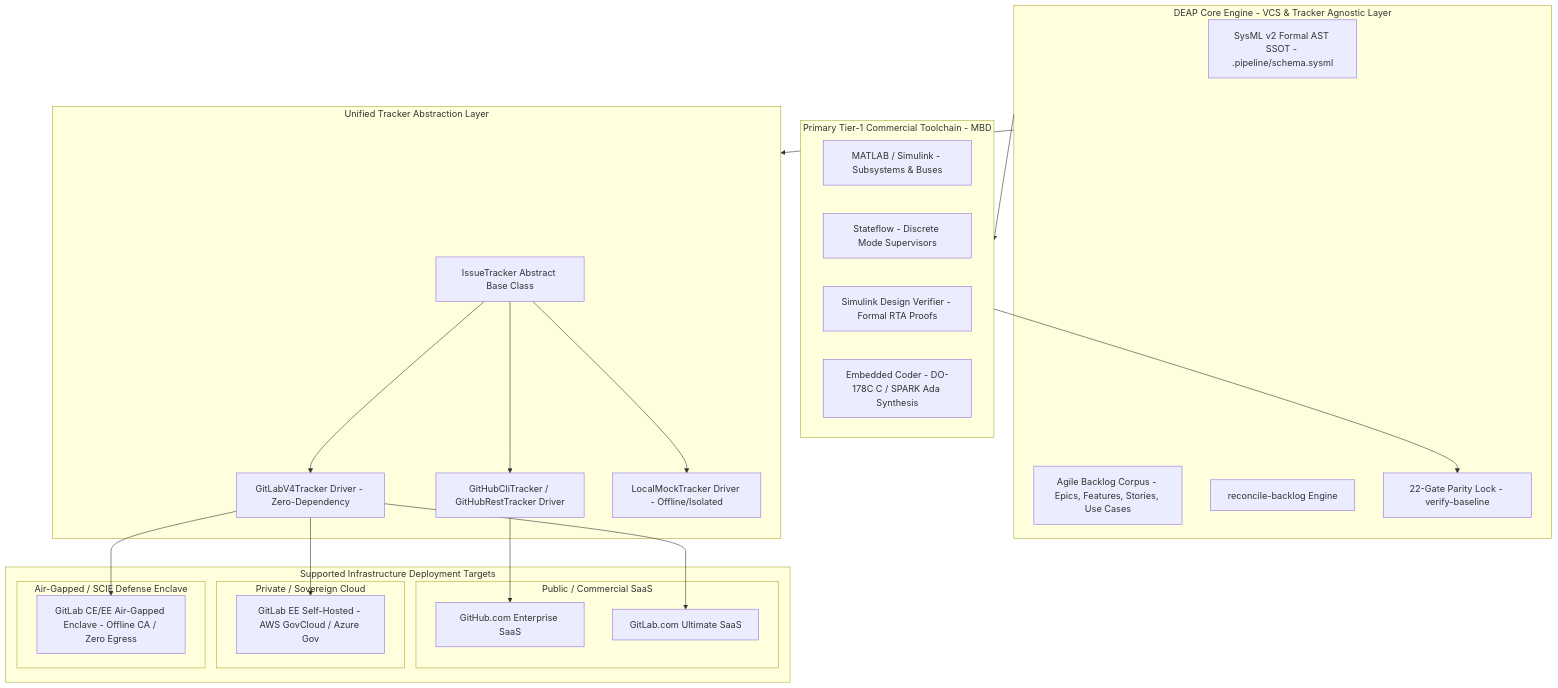
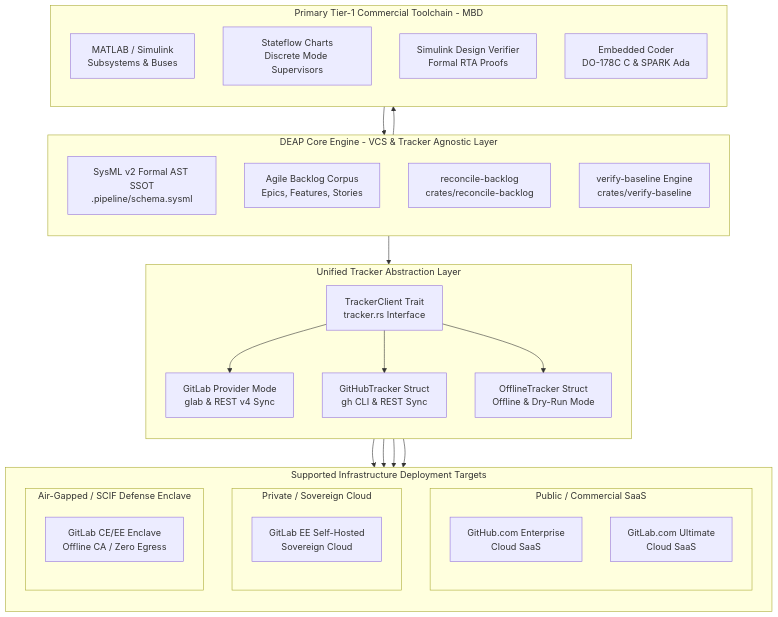
Before and after one commit to gintatkinson/DEAP01-spec-core: the first of 19 diagrams in docs/architecture/blueprints/MULTI_PROVIDER_GITLAB_INFRASTRUCTURE_ARCHITECTURE.md, drawn with Mermaid. The commit also changed other lines of this file and 28 other files, not shown here.

Commit message:
feat(verify-baseline,deap-core,compile-sysml): implement Option C blueprint capabilities and Check 37 blueprint grounding gate

````diff
--- a/docs/architecture/blueprints/MULTI_PROVIDER_GITLAB_INFRASTRUCTURE_ARCHITECTURE.md
+++ b/docs/architecture/blueprints/MULTI_PROVIDER_GITLAB_INFRASTRUCTURE_ARCHITECTURE.md
@@ -47,49 +47,56 @@
 ```mermaid
-flowchart TB
+flowchart TD
     subgraph VCS_Agnostic_Core ["DEAP Core Engine - VCS & Tracker Agnostic Layer"]
-        AST_SSOT["SysML v2 Formal AST SSOT - .pipeline/schema.sysml"]
-        Spec_Corpus["Agile Backlog Corpus - Epics, Features, Stories, Use Cases"]
-        Reconcile_Engine["reconcile-backlog Engine"]
-        Parity_Lock["22-Gate Parity Lock - verify-baseline"]
+        direction TB
+        AST_SSOT["SysML v2 Formal AST SSOT<br/>.pipeline/schema.sysml"]
+        Spec_Corpus["Agile Backlog Corpus<br/>Epics, Features, Stories"]
+        Reconcile_Engine["reconcile-backlog<br/>crates/reconcile-backlog"]
+        Parity_Lock["verify-baseline Engine<br/>crates/verify-baseline"]
     end
 
     subgraph Tracker_Abstraction ["Unified Tracker Abstraction Layer"]
-        Driver_Interface["IssueTracker Abstract Base Class"]
-        GL_Driver["GitLabV4Tracker Driver - Zero-Dependency"]
-        GH_Driver["GitHubCliTracker / GitHubRestTracker Driver"]
-        Local_Driver["LocalMockTracker Driver - Offline/Isolated"]
+        direction TB
+        Driver_Interface["TrackerClient Trait<br/>tracker.rs Interface"]
+        GL_Driver["GitLab Provider Mode<br/>glab & REST v4 Sync"]
+        GH_Driver["GitHubTracker Struct<br/>gh CLI & REST Sync"]
+        Local_Driver["OfflineTracker Struct<br/>Offline & Dry-Run Mode"]
     end
 
     subgraph Infrastructure_Targets ["Supported Infrastructure Deployment Targets"]
+        direction TB
         subgraph Target_Public ["Public / Commercial SaaS"]
-            GH_SaaS["GitHub.com Enterprise SaaS"]
-            GL_SaaS["GitLab.com Ultimate SaaS"]
+            direction TB
+            GH_SaaS["GitHub.com Enterprise<br/>Cloud SaaS"]
+            GL_SaaS["GitLab.com Ultimate<br/>Cloud SaaS"]
         end
         subgraph Target_Private ["Private / Sovereign Cloud"]
-            GL_SelfHosted["GitLab EE Self-Hosted - AWS GovCloud / Azure Gov"]
+            direction TB
+            GL_SelfHosted["GitLab EE Self-Hosted<br/>Sovereign Cloud"]
         end
         subgraph Target_AirGapped ["Air-Gapped / SCIF Defense Enclave"]
-            GL_AirGapped["GitLab CE/EE Air-Gapped Enclave - Offline CA / Zero Egress"]
+            direction TB
+            GL_AirGapped["GitLab CE/EE Enclave<br/>Offline CA / Zero Egress"]
         end
     end
 
     subgraph Toolchain_Synthesis ["Primary Tier-1 Commercial Toolchain - MBD"]
-        Simulink["MATLAB / Simulink - Subsystems & Buses"]
-        Stateflow["Stateflow - Discrete Mode Supervisors"]
-        SLDV["Simulink Design Verifier - Formal RTA Proofs"]
-        Coder["Embedded Coder - DO-178C C / SPARK Ada Synthesis"]
+        direction TB
+        Simulink["MATLAB / Simulink<br/>Subsystems & Buses"]
+        Stateflow["Stateflow Charts<br/>Discrete Mode Supervisors"]
+        SLDV["Simulink Design Verifier<br/>Formal RTA Proofs"]
+        Coder["Embedded Coder<br/>DO-178C C & SPARK Ada"]
     end
 
     VCS_Agnostic_Core --> Tracker_Abstraction
     Driver_Interface --> GL_Driver
     Driver_Interface --> GH_Driver
     Driver_Interface --> Local_Driver
 
     GL_Driver --> GL_SaaS
     GL_Driver --> GL_SelfHosted
     GL_Driver --> GL_AirGapped
     GH_Driver --> GH_SaaS
 
     VCS_Agnostic_Core --> Toolchain_Synthesis
     Toolchain_Synthesis --> Parity_Lock
 ```
````
